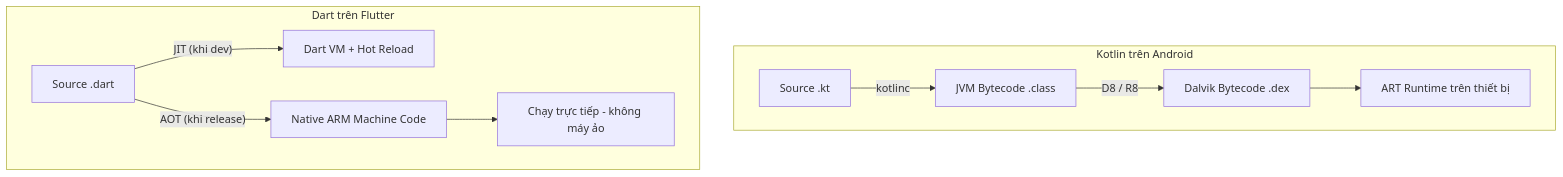
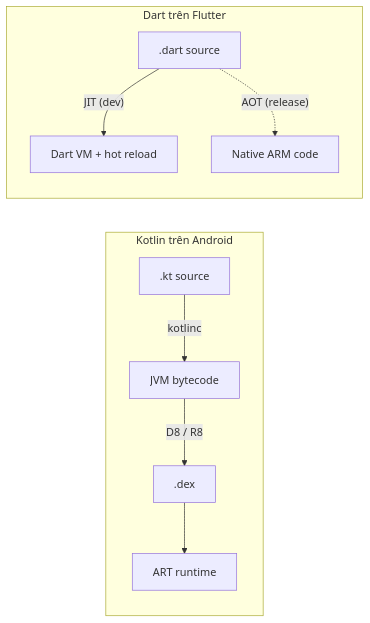
The second of 5 diagrams in flutter/docs/session_01/dart/dart_for_kotlin_devs.md (h1eu/knowledge), drawn with Mermaid before and after one commit. The commit also changed other lines of this file and 26 other files, not shown here.

First line of the commit message:
docs(flutter): rewrite, review and publish Session 01 Dart Foundations

````diff
--- a/flutter/docs/session_01/dart/dart_for_kotlin_devs.md
+++ b/flutter/docs/session_01/dart/dart_for_kotlin_devs.md
@@ -81,13 +180,12 @@
 ```mermaid
-graph TD
-    subgraph "Kotlin trên Android"
-        A[Source .kt] -->|kotlinc| B[JVM Bytecode .class]
-        B -->|D8 / R8| C[Dalvik Bytecode .dex]
-        C --> D[ART Runtime trên thiết bị]
+flowchart LR
+    subgraph KA["Kotlin trên Android"]
+        KT[".kt source"] -->|kotlinc| BC["JVM bytecode"]
+        BC -->|"D8 / R8"| DEX[".dex"]
+        DEX --> ART["ART runtime"]
     end
-    subgraph "Dart trên Flutter"
-        E[Source .dart] -->|"JIT (khi dev)"| F[Dart VM + Hot Reload]
-        E -->|"AOT (khi release)"| G[Native ARM Machine Code]
-        G --> H[Chạy trực tiếp - không máy ảo]
+    subgraph DF["Dart trên Flutter"]
+        DS[".dart source"] -->|"JIT (dev)"| VM["Dart VM + hot reload"]
+        DS -.->|"AOT (release)"| NAT["Native ARM code"]
     end
 ```
````
